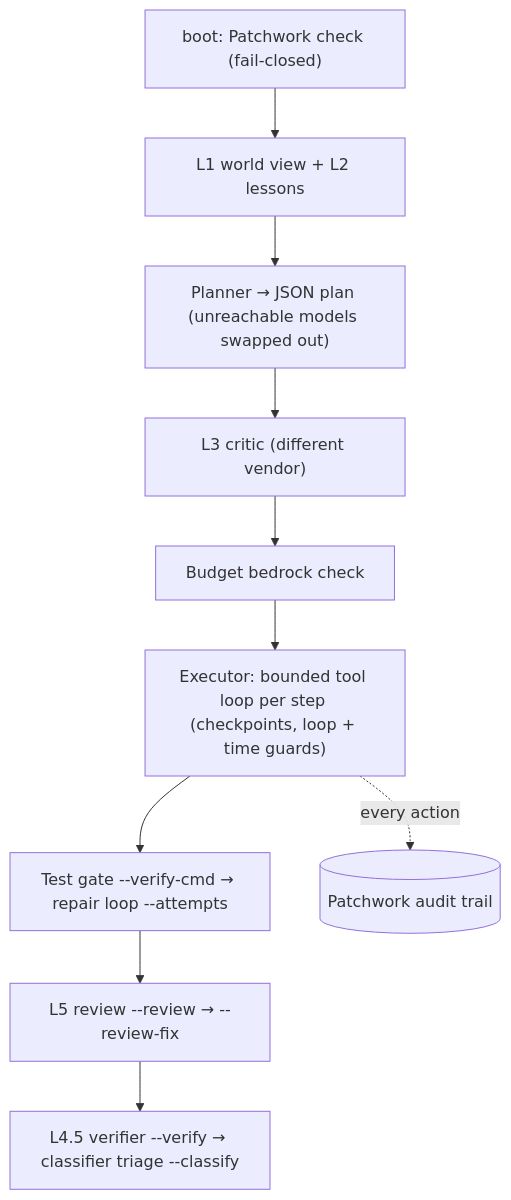
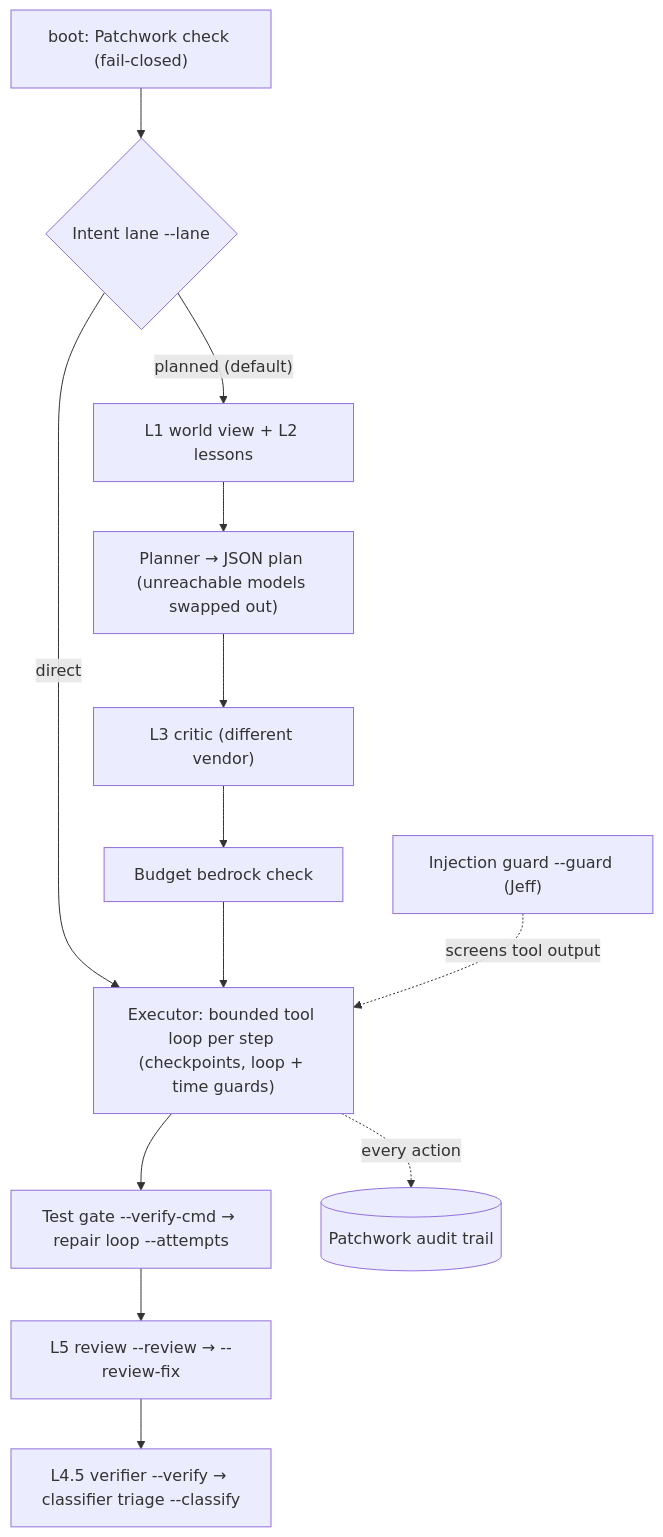
Before and after one commit to JonoGitty/patchwork-harness: the diagram in README.md, drawn with Mermaid. The commit also changed other lines of this file and 35 other files, not shown here.

````diff
--- a/README.md
+++ b/README.md
@@ -184,12 +223,15 @@
 ```mermaid
 flowchart TD
-  A["boot: Patchwork check (fail-closed)"] --> B["L1 world view + L2 lessons"]
+  A["boot: Patchwork check (fail-closed)"] --> L{"Intent lane --lane"}
+  L -- "planned (default)" --> B["L1 world view + L2 lessons"]
+  L -- "direct" --> F
   B --> C["Planner → JSON plan (unreachable models swapped out)"]
   C --> D["L3 critic (different vendor)"]
   D --> E["Budget bedrock check"]
   E --> F["Executor: bounded tool loop per step (checkpoints, loop + time guards)"]
+  G["Injection guard --guard (Jeff)"] -. "screens tool output" .-> F
   F --> T["Test gate --verify-cmd → repair loop --attempts"]
   T --> R["L5 review --review → --review-fix"]
   R --> V["L4.5 verifier --verify → classifier triage --classify"]
   F -. "every action" .-> P[("Patchwork audit trail")]
 ```
````
